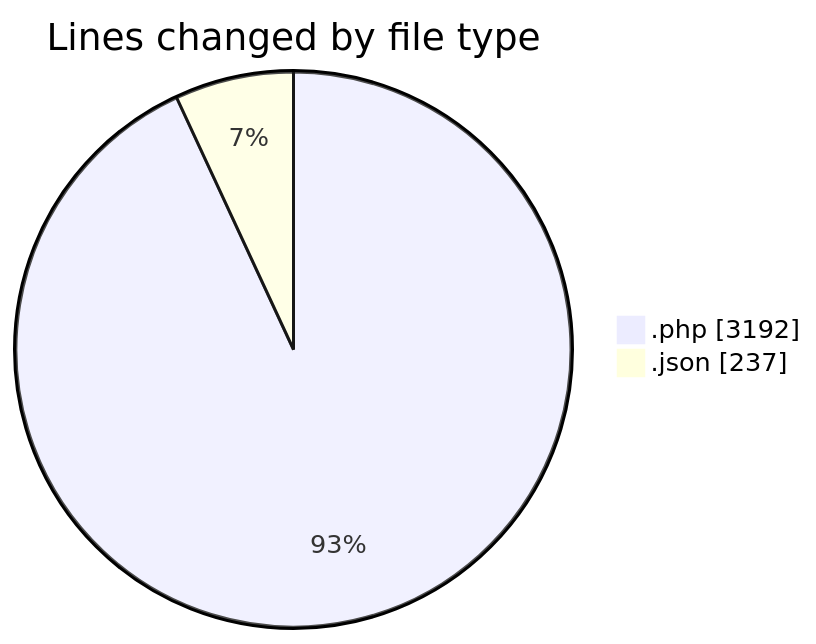
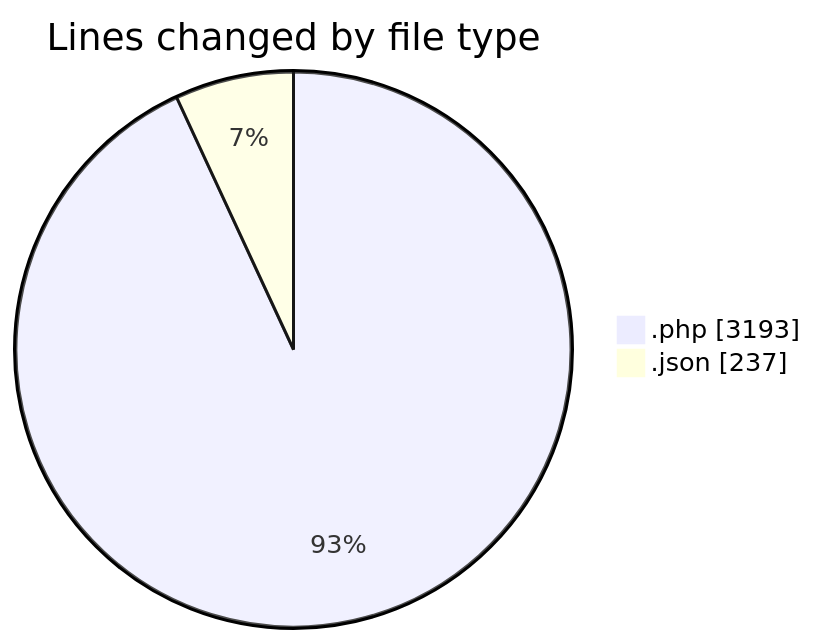
Before and after one commit to idhammustaqopulfikri/code-tracking: the first of 2 diagrams in 2025-06-06/sewa-mobil/README.md, drawn with Mermaid. The commit also changed other lines of this file and 1 other file, not shown here.

````diff
--- a/2025-06-06/sewa-mobil/README.md
+++ b/2025-06-06/sewa-mobil/README.md
@@ -27,6 +28,6 @@
 ```mermaid
 pie showData
 title Lines changed by file type
-".php" : 3192
+".php" : 3193
 ".json" : 237
 ```
````
